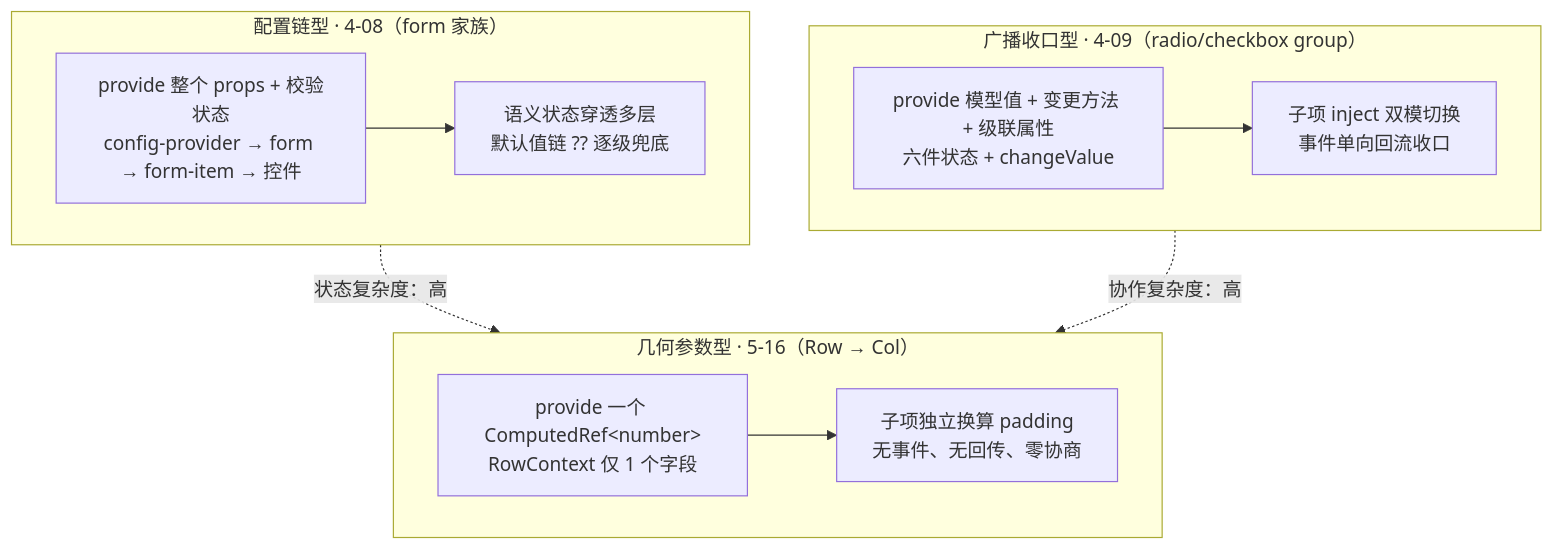
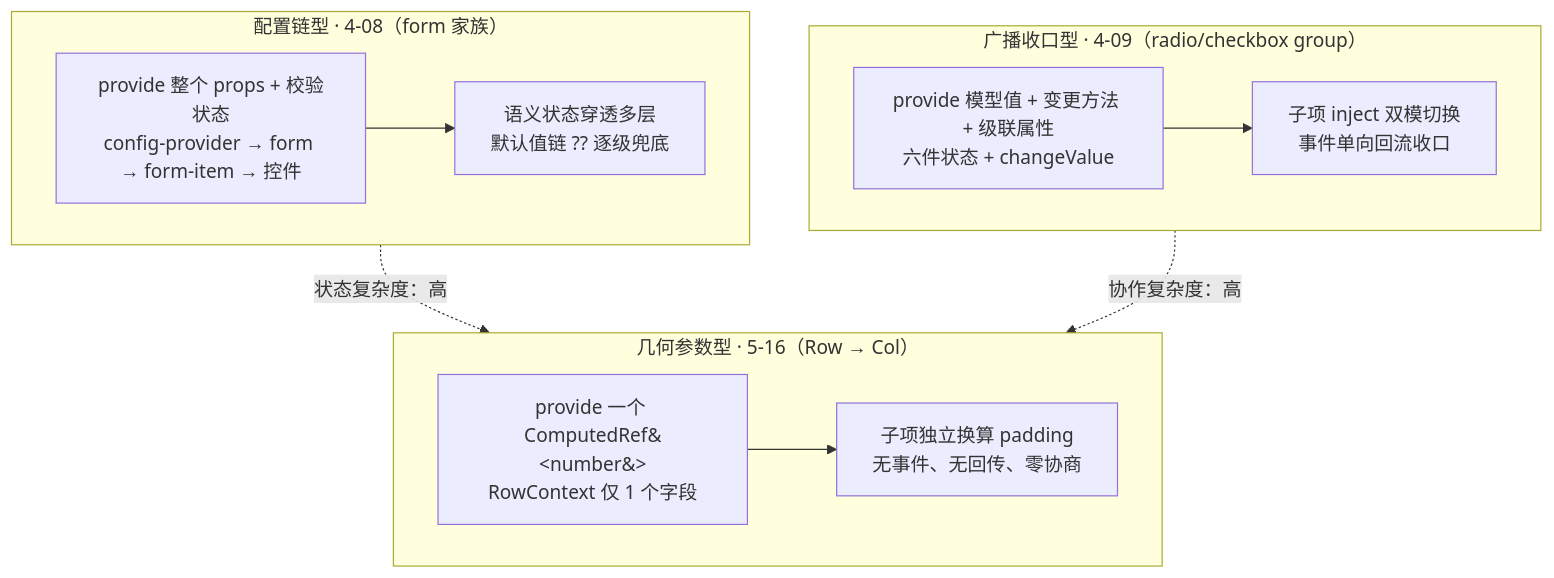
Before and after one commit to zhangzhengyang27/tech-codex: the second of 2 diagrams in docs/14-组件库专栏/5-基础组件基础篇/5-16-Row-栅格的provide侧与gutter下发.md, drawn with Mermaid. The commit also changed 195 other files, not shown here.

````diff
--- a/docs/14-组件库专栏/5-基础组件基础篇/5-16-Row-栅格的provide侧与gutter下发.md
+++ b/docs/14-组件库专栏/5-基础组件基础篇/5-16-Row-栅格的provide侧与gutter下发.md
@@ -530,14 +530,14 @@
 ```mermaid
 flowchart TD
     subgraph A["配置链型 · 4-08（form 家族）"]
         A1["provide 整个 props + 校验状态<br/>config-provider → form → form-item → 控件"] --> A2["语义状态穿透多层<br/>默认值链 ?? 逐级兜底"]
     end
     subgraph B["广播收口型 · 4-09（radio/checkbox group）"]
         B1["provide 模型值 + 变更方法 + 级联属性<br/>六件状态 + changeValue"] --> B2["子项 inject 双模切换<br/>事件单向回流收口"]
     end
     subgraph C["几何参数型 · 5-16（Row → Col）"]
-        C1["provide 一个 ComputedRef&lt;number&gt;<br/>RowContext 仅 1 个字段"] --> C2["子项独立换算 padding<br/>无事件、无回传、零协商"]
+        C1["provide 一个 ComputedRef&#60;number&#62;<br/>RowContext 仅 1 个字段"] --> C2["子项独立换算 padding<br/>无事件、无回传、零协商"]
     end
     A -.状态复杂度：高.-> C
     B -.协作复杂度：高.-> C
 ```
````
